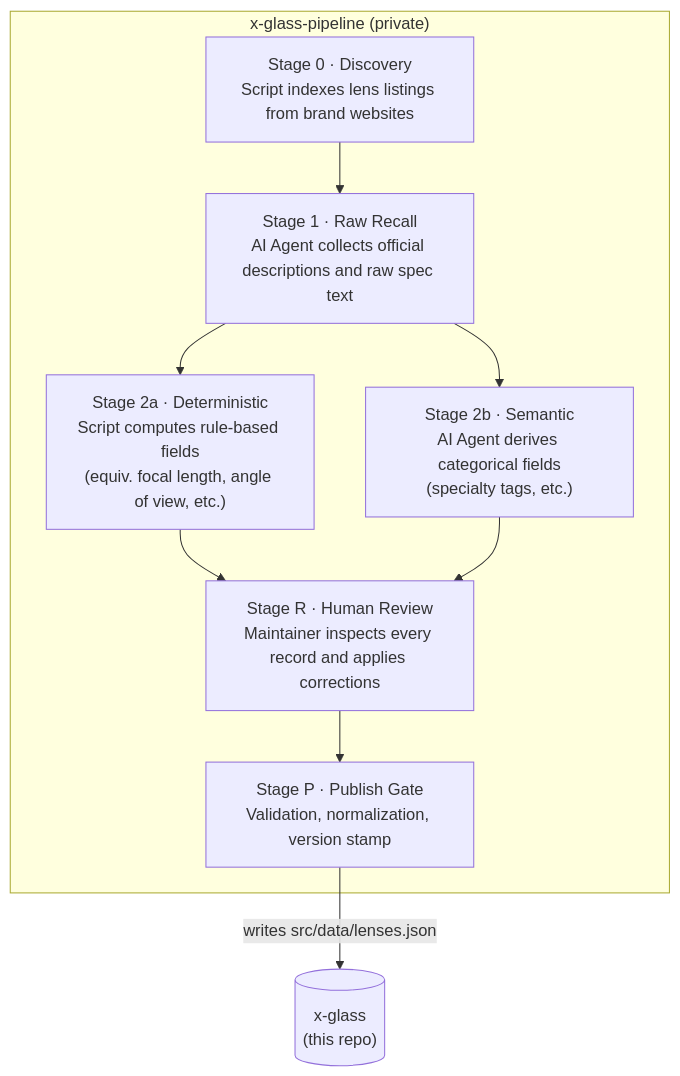
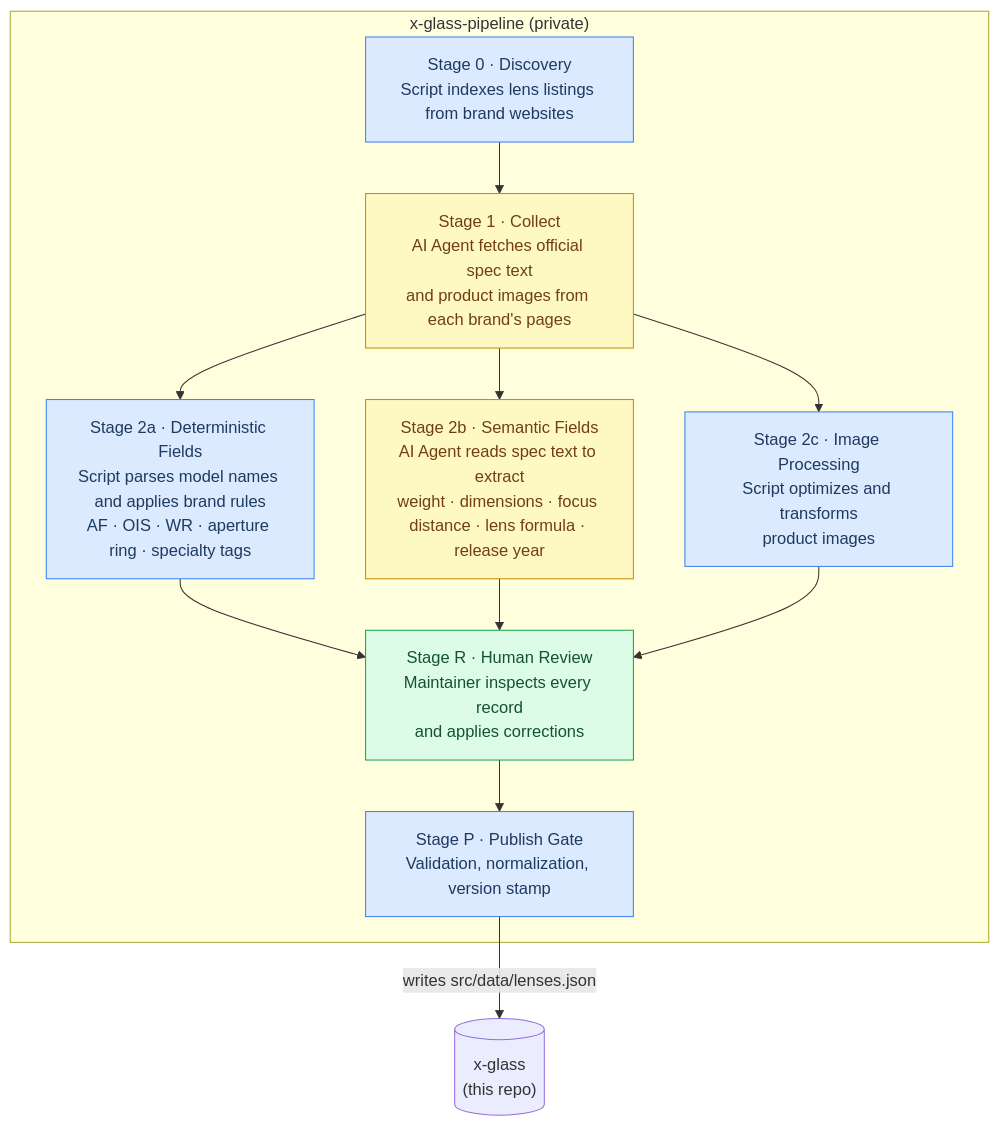
Before and after one commit to sentacraft/x-glass: the diagram in README.md, drawn with Mermaid. The commit also changed other lines of this file, not shown here.

Commit message:
docs(readme): overhaul pipeline diagram
- Stage 1: add image collection alongside spec text
- Stage 2a: replace generic examples with concrete computed fields
  (AF, OIS, WR, aperture ring, specialty tags)
- Stage 2b: add more semantic field examples
  (weight, dimensions, focus distance, lens formula, release year)
- Stage 2c: new node for image processing
- Color-code nodes by type: script (blue), AI agent (yellow),
  human (green), gate (purple)

````diff
--- a/README.md
+++ b/README.md
@@ -36,17 +36,27 @@
 ```mermaid
 flowchart TD
   subgraph pipeline["x-glass-pipeline (private)"]
     S0["Stage 0 · Discovery\nScript indexes lens listings from brand websites"]
-    S1["Stage 1 · Raw Recall\nAI Agent collects official descriptions and raw spec text"]
-    S2a["Stage 2a · Deterministic\nScript computes rule-based fields\n(equiv. focal length, angle of view, etc.)"]
-    S2b["Stage 2b · Semantic\nAI Agent derives categorical fields\n(specialty tags, etc.)"]
-    SR["Stage R · Human Review\nMaintainer inspects every record and applies corrections"]
+    S1["Stage 1 · Collect\nAI Agent fetches official spec text\nand product images from each brand's pages"]
+    S2a["Stage 2a · Deterministic Fields\nScript parses model names and applies brand rules\nAF · OIS · WR · aperture ring · specialty tags"]
+    S2b["Stage 2b · Semantic Fields\nAI Agent reads spec text to extract\nweight · dimensions · focus distance · lens formula · release year"]
+    S2c["Stage 2c · Image Processing\nScript optimizes and transforms\nproduct images"]
+    SR["Stage R · Human Review\nMaintainer inspects every record\nand applies corrections"]
     SP["Stage P · Publish Gate\nValidation, normalization, version stamp"]
   end
 
   S0 --> S1
-  S1 --> S2a & S2b
-  S2a & S2b --> SR
+  S1 --> S2a & S2b & S2c
+  S2a & S2b & S2c --> SR
   SR --> SP
   SP -->|"writes src/data/lenses.json"| DB[("x-glass\n(this repo)")]
+
+  classDef script fill:#dbeafe,stroke:#3b82f6,color:#1e3a5f
+  classDef agent fill:#fef9c3,stroke:#ca8a04,color:#713f12
+  classDef human fill:#dcfce7,stroke:#16a34a,color:#14532d
+  classDef gate fill:#f3e8ff,stroke:#9333ea,color:#3b0764
+
+  class S0,S2a,S2c,SP script
+  class S1,S2b agent
+  class SR human
 ```
````
